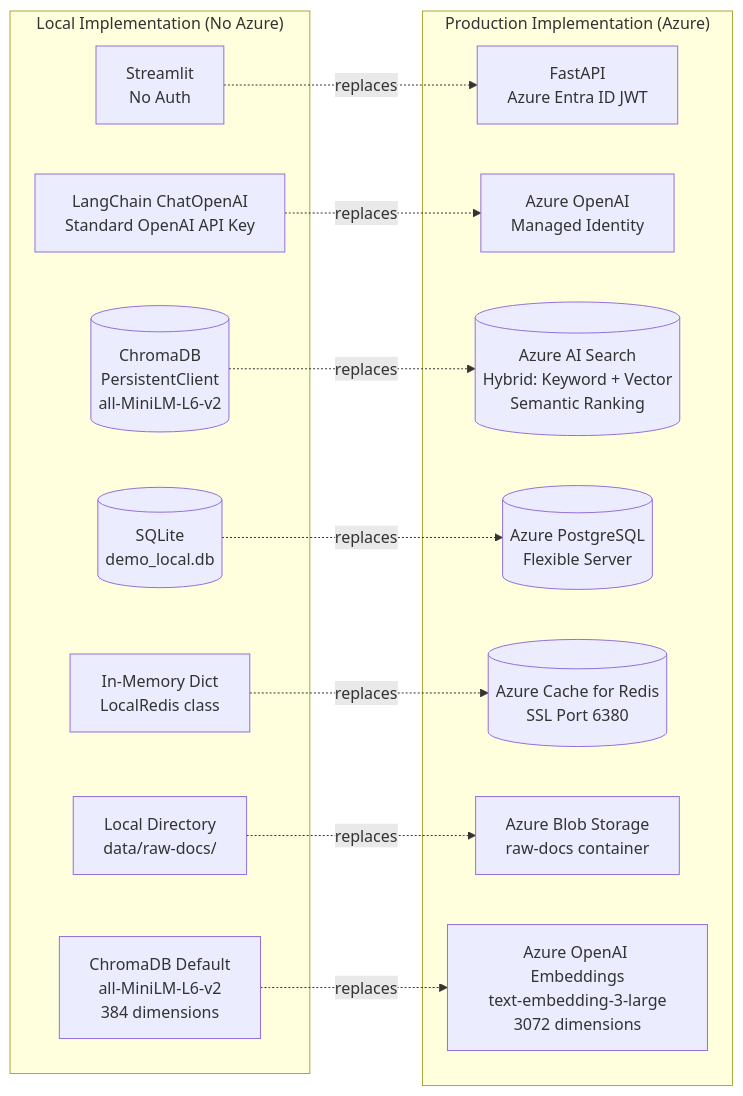
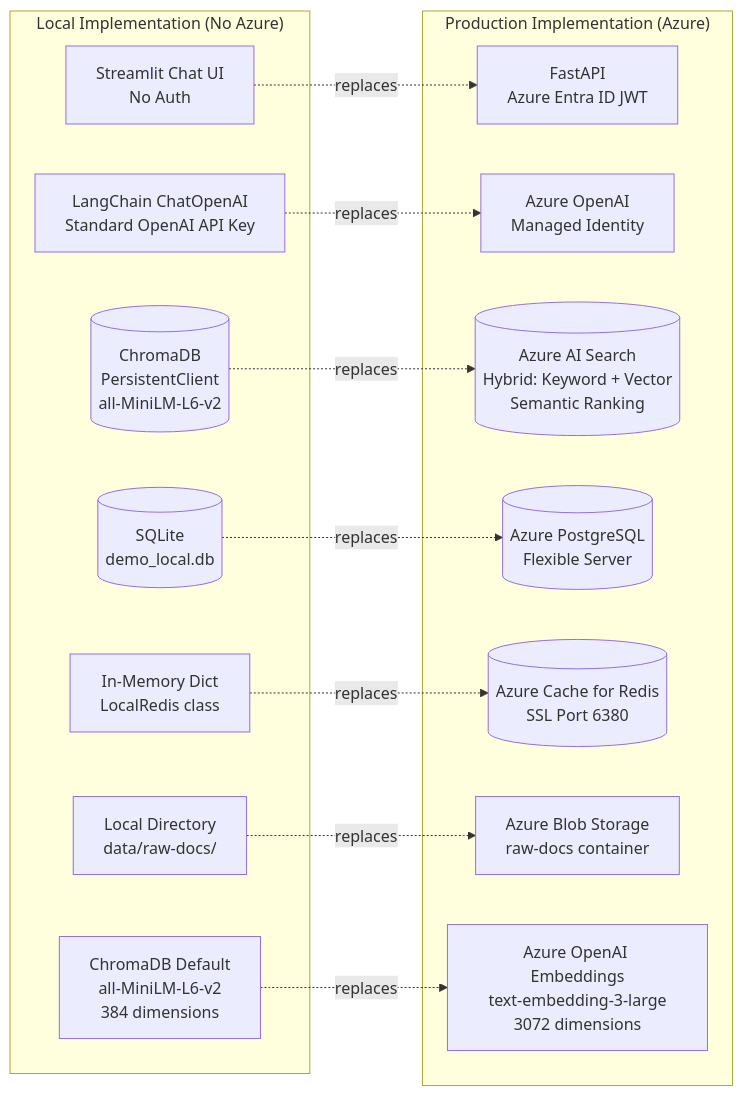
One commit to SameepSB/rag-infra changed the third of 6 diagrams in architecture_noAzure.md. Above: the diagram before and after it, drawn with Mermaid. The commit also changed other lines of this file, not shown here.

Commit message:
updated architecture flow for local implementation

````diff
--- a/architecture_noAzure.md
+++ b/architecture_noAzure.md
@@ -125,30 +121,30 @@
 ```mermaid
 graph LR
     subgraph "Local Implementation (No Azure)"
-        L_UI[Streamlit<br>No Auth]
+        L_UI[Streamlit Chat UI<br>No Auth]
         L_LLM[LangChain ChatOpenAI<br>Standard OpenAI API Key]
         L_VS[(ChromaDB<br>PersistentClient<br>all-MiniLM-L6-v2)]
         L_DB[(SQLite<br>demo_local.db)]
         L_CACHE[In-Memory Dict<br>LocalRedis class]
         L_DOCS[Local Directory<br>data/raw-docs/]
         L_EMB[ChromaDB Default<br>all-MiniLM-L6-v2<br>384 dimensions]
     end
 
     subgraph "Production Implementation (Azure)"
         P_UI[FastAPI<br>Azure Entra ID JWT]
         P_LLM[Azure OpenAI<br>Managed Identity]
         P_VS[(Azure AI Search<br>Hybrid: Keyword + Vector<br>Semantic Ranking)]
         P_DB[(Azure PostgreSQL<br>Flexible Server)]
         P_CACHE[(Azure Cache for Redis<br>SSL Port 6380)]
         P_DOCS[Azure Blob Storage<br>raw-docs container]
         P_EMB[Azure OpenAI Embeddings<br>text-embedding-3-large<br>3072 dimensions]
     end
 
     L_UI -.->|replaces| P_UI
     L_LLM -.->|replaces| P_LLM
     L_VS -.->|replaces| P_VS
     L_DB -.->|replaces| P_DB
     L_CACHE -.->|replaces| P_CACHE
     L_DOCS -.->|replaces| P_DOCS
     L_EMB -.->|replaces| P_EMB
 ```
````
